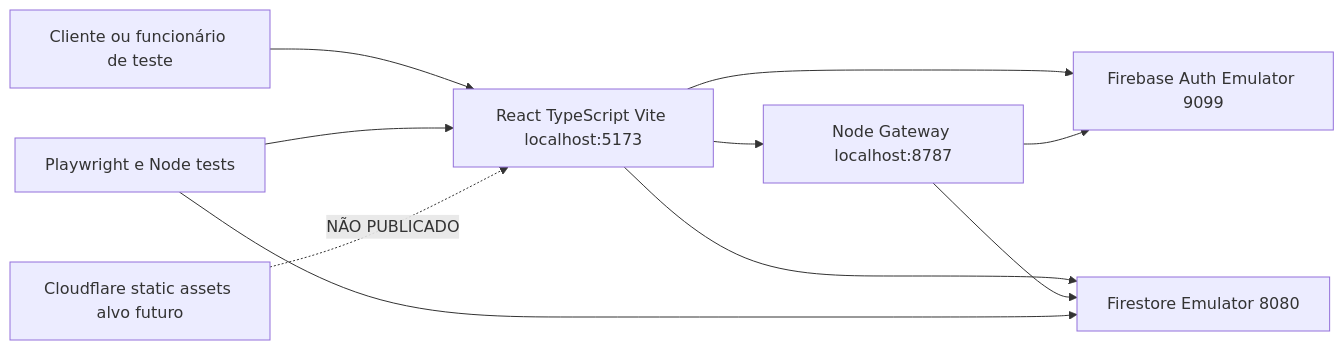
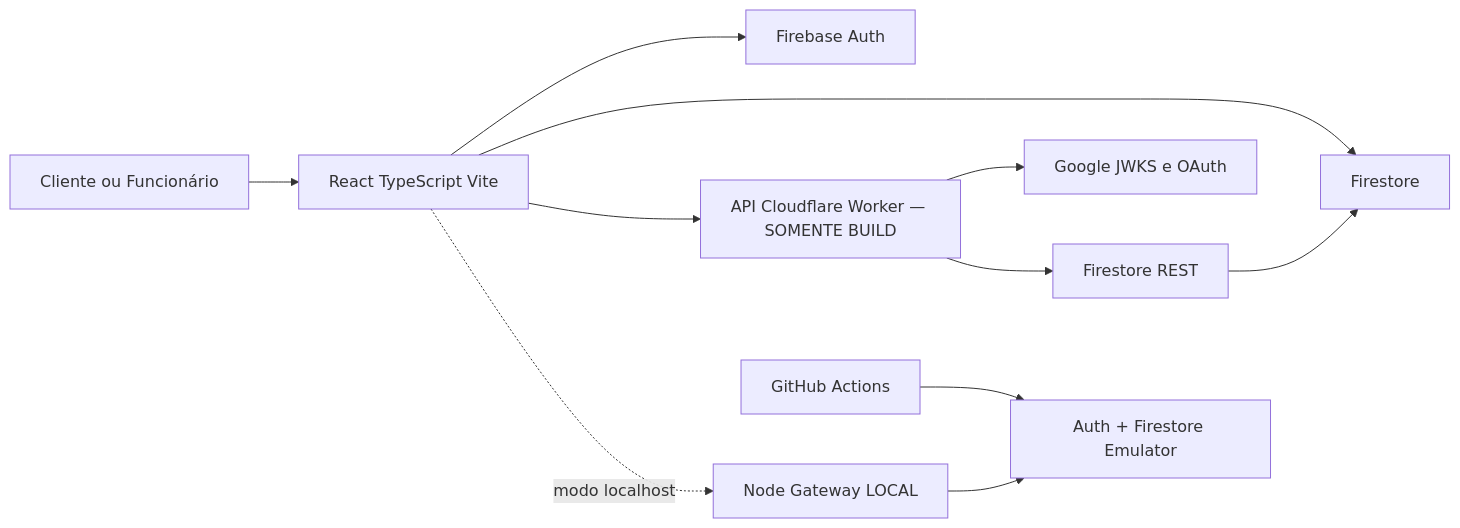
The first of 3 diagrams in docs/IMPLEMENTED-DIAGRAMS.md (CristianoRFB/RFB-Agent), drawn with Mermaid before and after one commit. The commit also changed other lines of this file and 9 other files, not shown here.

Commit message:
docs(rfb): record tested Cloudflare Worker, secure booking, human queue and release blockers

````diff
--- a/docs/IMPLEMENTED-DIAGRAMS.md
+++ b/docs/IMPLEMENTED-DIAGRAMS.md
@@ -6,12 +4,13 @@
 ```mermaid
 flowchart LR
-  C[Cliente ou funcionário de teste] --> SPA[React TypeScript Vite localhost:5173]
-  SPA --> AUTH[Firebase Auth Emulator 9099]
-  SPA --> FS[Firestore Emulator 8080]
-  SPA --> API[Node Gateway localhost:8787]
-  API --> AUTH
-  API --> FS
-  TEST[Playwright e Node tests] --> SPA
-  TEST --> FS
-  CLOUD[Cloudflare static assets alvo futuro] -. NÃO PUBLICADO .-> SPA
+  U[Cliente ou Funcionário] --> SPA[React TypeScript Vite]
+  SPA --> AUTH[Firebase Auth]
+  SPA --> DB[Firestore]
+  SPA --> EDGE[API Cloudflare Worker — SOMENTE BUILD]
+  EDGE --> GOOGLE[Google JWKS e OAuth]
+  EDGE --> REST[Firestore REST]
+  REST --> DB
+  LOCAL[Node Gateway LOCAL] --> EMU[Auth + Firestore Emulator]
+  SPA -. modo localhost .-> LOCAL
+  TEST[GitHub Actions] --> EMU
 ```
````
